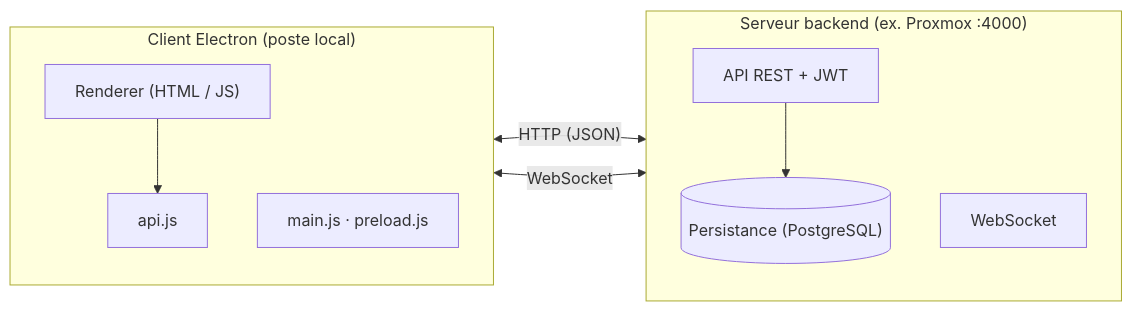
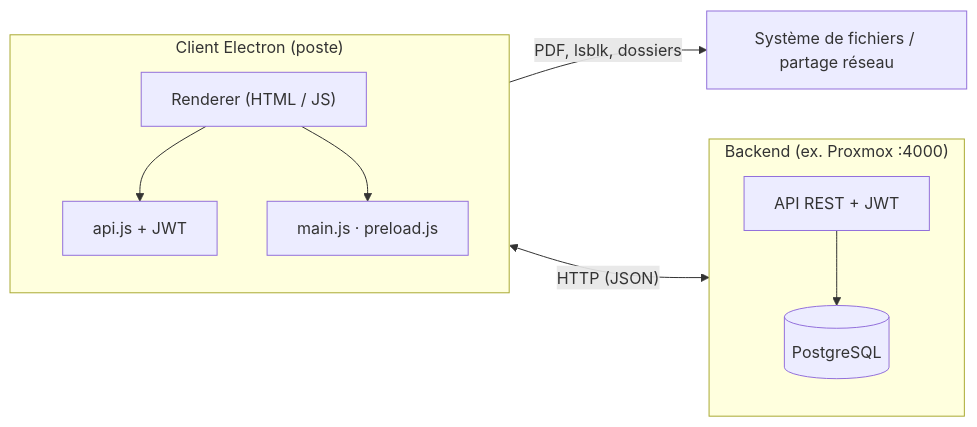
Before and after one commit to K0uzia/Tracebaie: the diagram in README.md, drawn with Mermaid. The commit also changed other lines of this file and 1 other file, not shown here.

````diff
--- a/README.md
+++ b/README.md
@@ -44,21 +45,21 @@
 ```mermaid
 flowchart LR
-    subgraph CLIENT["Client Electron (poste local)"]
+    subgraph CLIENT["Client Electron (poste)"]
         direction TB
         R["Renderer (HTML / JS)"]
-        A["api.js"]
+        A["api.js + JWT"]
         M["main.js · preload.js"]
         R --> A
+        R --> M
     end
 
-    subgraph SERVER["Serveur backend (ex. Proxmox :4000)"]
+    subgraph SERVER["Backend (ex. Proxmox :4000)"]
         direction TB
         REST["API REST + JWT"]
-        WS["WebSocket"]
-        DB[("Persistance (PostgreSQL)")]
+        DB[("PostgreSQL")]
         REST --> DB
     end
 
     A <-->|"HTTP (JSON)"| REST
-    A <-->|"WebSocket"| WS
+    M -->|"PDF, lsblk, dossiers"| FS["Système de fichiers / partage réseau"]
 ```
````
